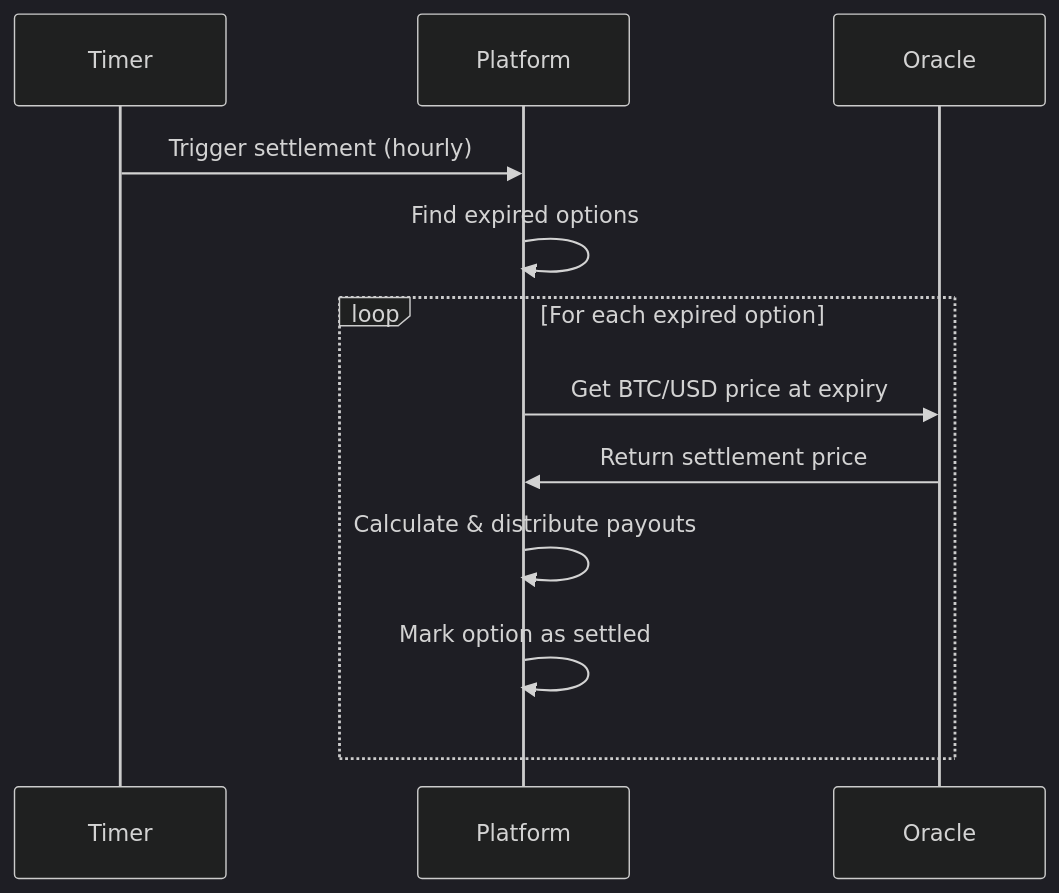
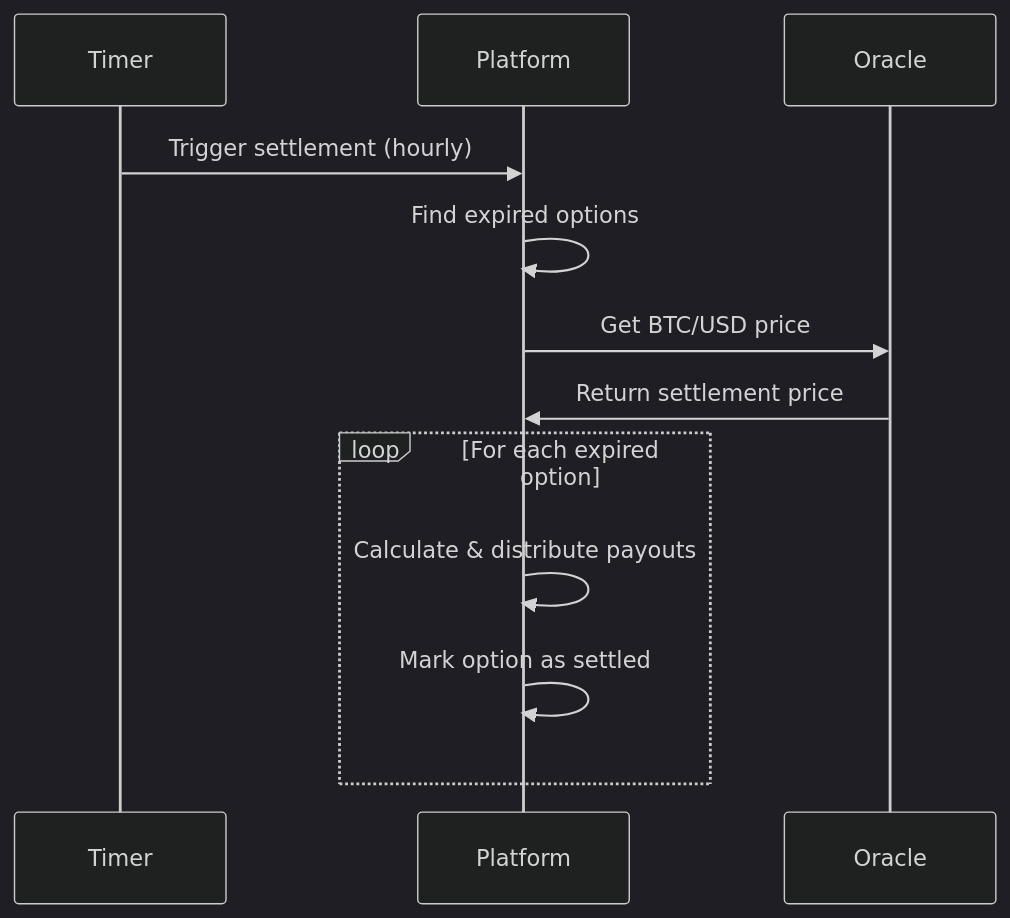
The fourth of 4 diagrams in apps/docs/docs/architecture/overview.md (isometricfi/isometric-mono), drawn with Mermaid (dark theme) before and after one commit.

Commit message:
fix(docs): correct settlement sequence diagram

````diff
--- a/apps/docs/docs/architecture/overview.md
+++ b/apps/docs/docs/architecture/overview.md
@@ -134,15 +134,15 @@
 ```mermaid
 sequenceDiagram
     participant Timer
     participant Platform
     participant Oracle
     
     Timer->>Platform: Trigger settlement (hourly)
     Platform->>Platform: Find expired options
+    Platform->>Oracle: Get BTC/USD price
+    Oracle->>Platform: Return settlement price
     loop For each expired option
-        Platform->>Oracle: Get BTC/USD price at expiry
-        Oracle->>Platform: Return settlement price
         Platform->>Platform: Calculate & distribute payouts
         Platform->>Platform: Mark option as settled
     end
 ```
````
